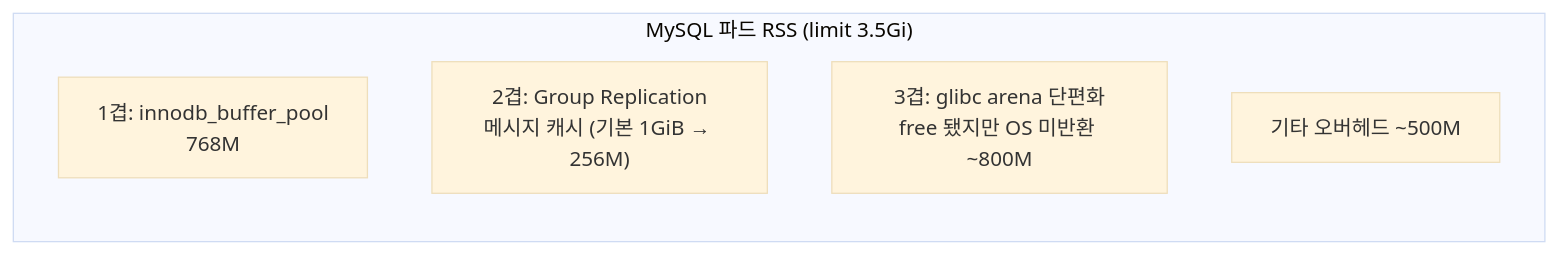
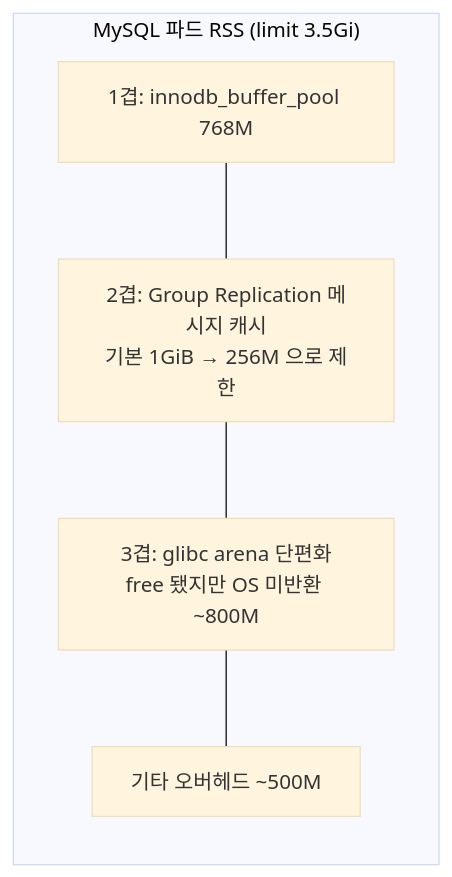
The diagram in src/content/blog/mysql-operator-to-cloudnativepg/index.md (songtomtom/songtomtom.github.io), drawn with Mermaid (base theme) before and after one commit.

Commit message:
메모리 세 겹 다이어그램을 세로 배치로 변경

````diff
--- a/src/content/blog/mysql-operator-to-cloudnativepg/index.md
+++ b/src/content/blog/mysql-operator-to-cloudnativepg/index.md
@@ -38,9 +38,11 @@
 ```mermaid
-flowchart LR
+flowchart TB
   subgraph pod["MySQL 파드 RSS (limit 3.5Gi)"]
-    bp["1겹: innodb_buffer_pool<br/>768M"]
-    gr["2겹: Group Replication<br/>메시지 캐시 (기본 1GiB → 256M)"]
+    direction TB
+    bp["1겹: innodb_buffer_pool 768M"]
+    gr["2겹: Group Replication 메시지 캐시<br/>기본 1GiB → 256M 으로 제한"]
     arena["3겹: glibc arena 단편화<br/>free 됐지만 OS 미반환 ~800M"]
     etc["기타 오버헤드 ~500M"]
   end
+  bp --- gr --- arena --- etc
 ```
````
